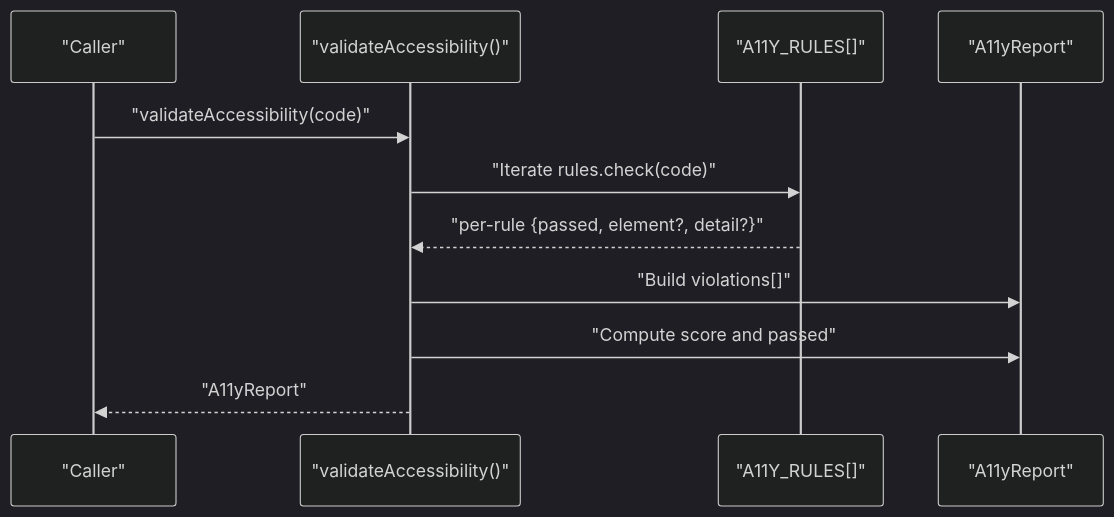
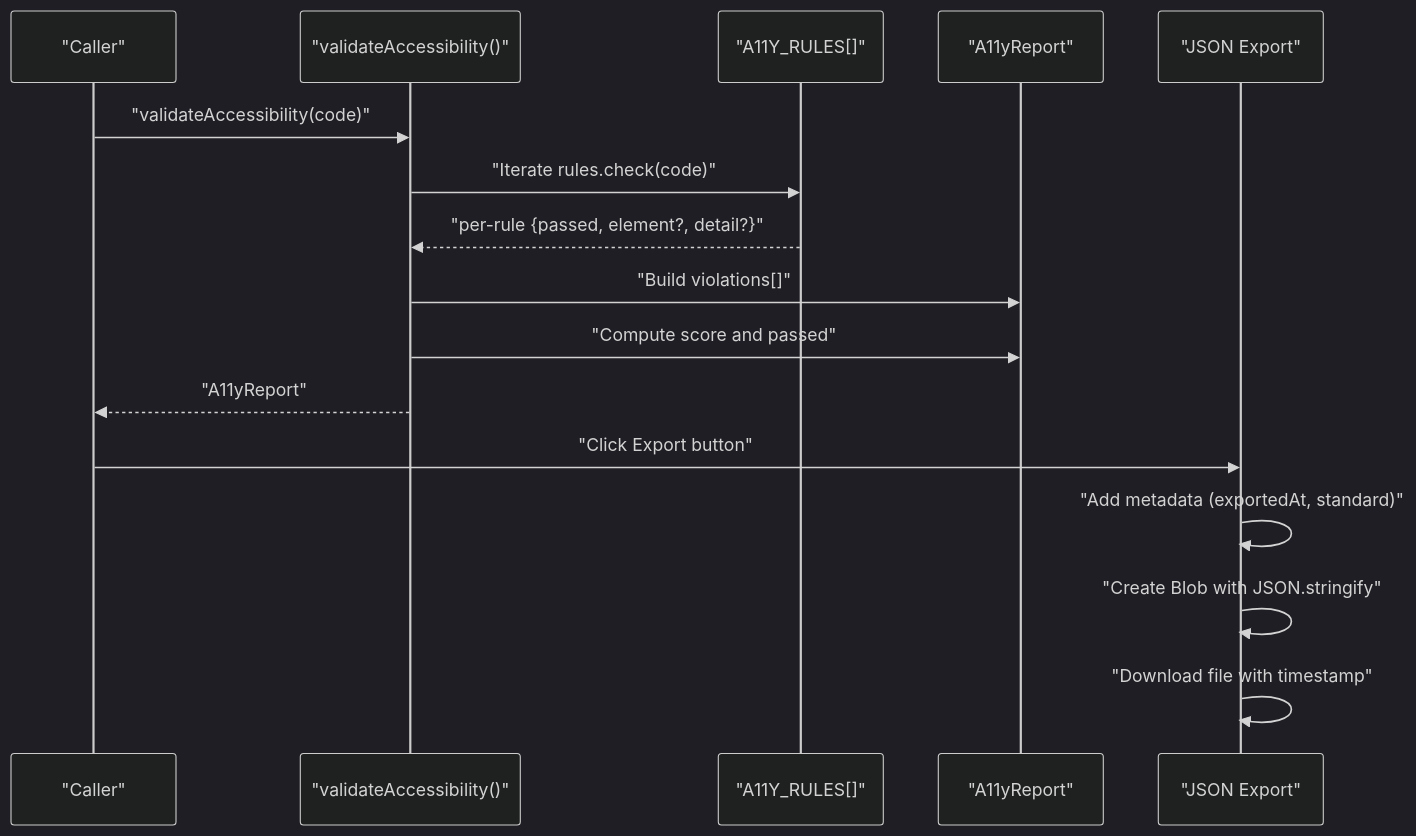
The second of 9 diagrams in .qoder/repowiki/en/content/Validation & Quality Assurance/Accessibility Validation (WCAG 2.1 AA).md (shekhargiri005-dotcom/AI-powered-accessibility-first-UI-engine), drawn with Mermaid (dark theme) before and after one commit. The commit also changed other lines of this file and 22 other files, not shown here.

````diff
--- a/.qoder/repowiki/en/content/Validation & Quality Assurance/Accessibility Validation (WCAG 2.1 AA).md
+++ b/.qoder/repowiki/en/content/Validation & Quality Assurance/Accessibility Validation (WCAG 2.1 AA).md
@@ -95,13 +102,18 @@
 ```mermaid
 sequenceDiagram
 participant Caller as "Caller"
 participant Validator as "validateAccessibility()"
 participant Rules as "A11Y_RULES[]"
 participant Report as "A11yReport"
+participant Export as "JSON Export"
 Caller->>Validator : "validateAccessibility(code)"
 Validator->>Rules : "Iterate rules.check(code)"
 Rules-->>Validator : "per-rule {passed, element?, detail?}"
 Validator->>Report : "Build violations[]"
 Validator->>Report : "Compute score and passed"
 Validator-->>Caller : "A11yReport"
+Caller->>Export : "Click Export button"
+Export->>Export : "Add metadata (exportedAt, standard)"
+Export->>Export : "Create Blob with JSON.stringify"
+Export->>Export : "Download file with timestamp"
 ```
````
